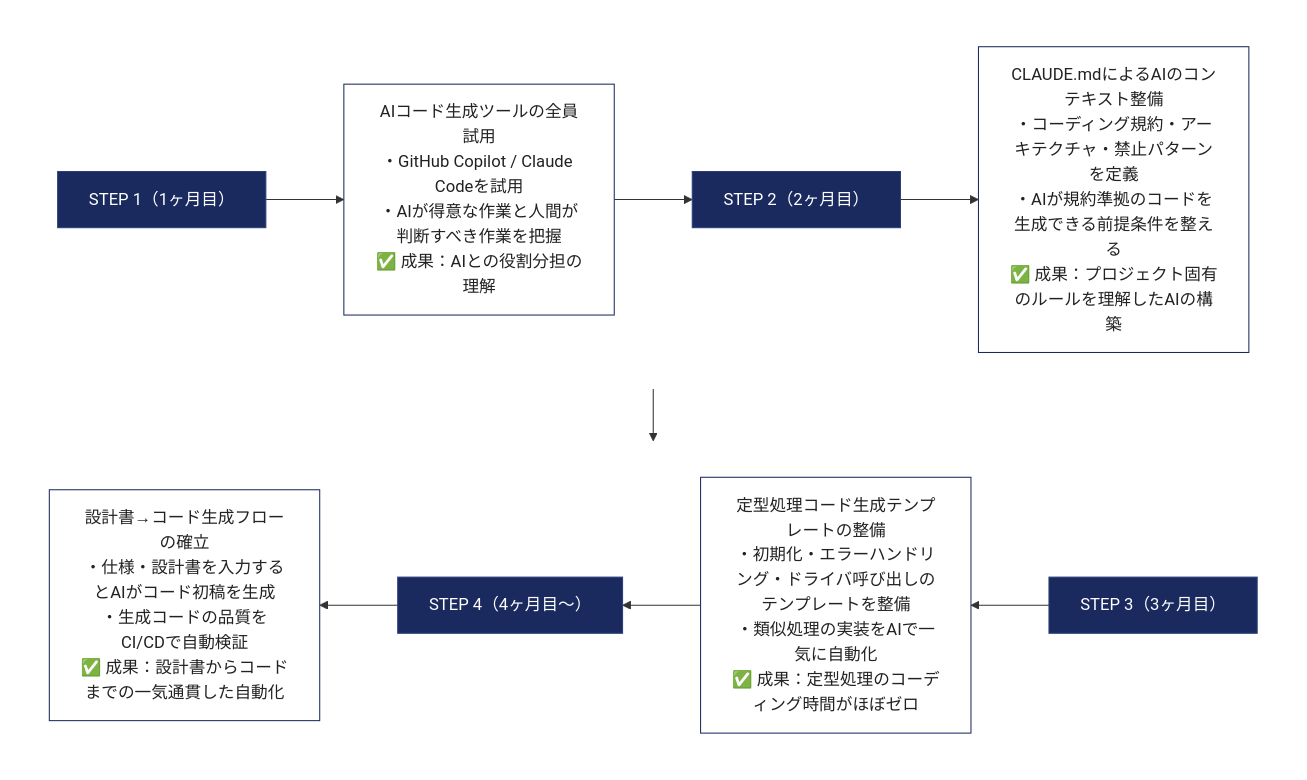
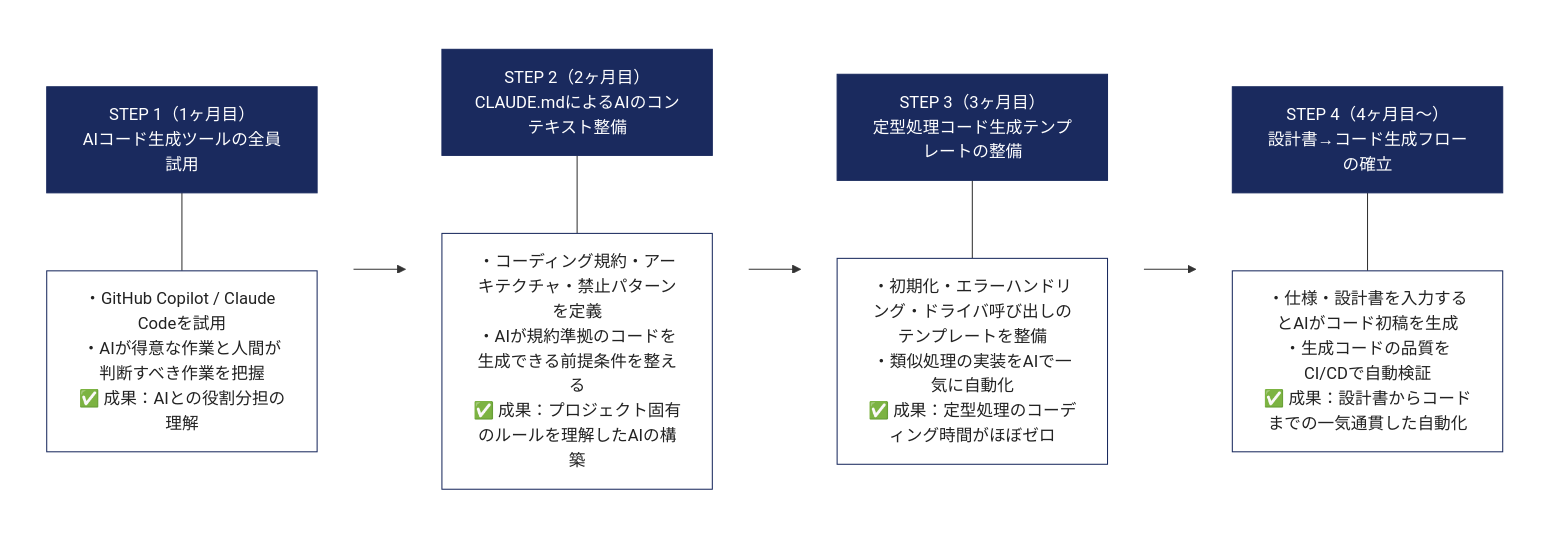
The tenth of 10 diagrams in AI_Idea/AI_ADOPTION_PROPOSAL.md (Kengo55555/My_Study), drawn with Mermaid before and after one commit. The commit also changed other lines of this file and 1 other file, not shown here.

Commit message:
Redesign Mermaid: horizontal LR layout, navy header + white body per step card

````diff
--- a/AI_Idea/AI_ADOPTION_PROPOSAL.md
+++ b/AI_Idea/AI_ADOPTION_PROPOSAL.md
@@ -466,22 +520,28 @@
 ```mermaid
-flowchart TD
-    subgraph row1[" "]
-        direction LR
-        T1["STEP 1（1ヶ月目）"] --> C1["AIコード生成ツールの全員試用<br/>・GitHub Copilot / Claude Codeを試用<br/>・AIが得意な作業と人間が判断すべき作業を把握<br/>✅ 成果：AIとの役割分担の理解"]
-        C1 --> T2["STEP 2（2ヶ月目）"]
-        T2 --> C2["CLAUDE.mdによるAIのコンテキスト整備<br/>・コーディング規約・アーキテクチャ・禁止パターンを定義<br/>・AIが規約準拠のコードを生成できる前提条件を整える<br/>✅ 成果：プロジェクト固有のルールを理解したAIの構築"]
+flowchart LR
+    subgraph s1[" "]
+        direction TB
+        H1["STEP 1（1ヶ月目）<br/>AIコード生成ツールの全員試用"] --- B1["・GitHub Copilot / Claude Codeを試用<br/>・AIが得意な作業と人間が判断すべき作業を把握<br/>✅ 成果：AIとの役割分担の理解"]
     end
-    subgraph row2[" "]
-        direction RL
-        T3["STEP 3（3ヶ月目）"] --> C3["定型処理コード生成テンプレートの整備<br/>・初期化・エラーハンドリング・ドライバ呼び出しのテンプレートを整備<br/>・類似処理の実装をAIで一気に自動化<br/>✅ 成果：定型処理のコーディング時間がほぼゼロ"]
-        C3 --> T4["STEP 4（4ヶ月目〜）"]
-        T4 --> C4["設計書→コード生成フローの確立<br/>・仕様・設計書を入力するとAIがコード初稿を生成<br/>・生成コードの品質をCI/CDで自動検証<br/>✅ 成果：設計書からコードまでの一気通貫した自動化"]
+    subgraph s2[" "]
+        direction TB
+        H2["STEP 2（2ヶ月目）<br/>CLAUDE.mdによるAIのコンテキスト整備"] --- B2["・コーディング規約・アーキテクチャ・禁止パターンを定義<br/>・AIが規約準拠のコードを生成できる前提条件を整える<br/>✅ 成果：プロジェクト固有のルールを理解したAIの構築"]
     end
-    C2 --> T3
-    style row1 fill:transparent,stroke:transparent,color:transparent
-    style row2 fill:transparent,stroke:transparent,color:transparent
-    classDef title fill:#1a2a5e,stroke:#2c3e7a,color:#fff
-    classDef content fill:#fff,stroke:#1a2a5e,color:#222
-    class T1,T2,T3,T4 title
-    class C1,C2,C3,C4 content
+    subgraph s3[" "]
+        direction TB
+        H3["STEP 3（3ヶ月目）<br/>定型処理コード生成テンプレートの整備"] --- B3["・初期化・エラーハンドリング・ドライバ呼び出しのテンプレートを整備<br/>・類似処理の実装をAIで一気に自動化<br/>✅ 成果：定型処理のコーディング時間がほぼゼロ"]
+    end
+    subgraph s4[" "]
+        direction TB
+        H4["STEP 4（4ヶ月目〜）<br/>設計書→コード生成フローの確立"] --- B4["・仕様・設計書を入力するとAIがコード初稿を生成<br/>・生成コードの品質をCI/CDで自動検証<br/>✅ 成果：設計書からコードまでの一気通貫した自動化"]
+    end
+    s1 --> s2 --> s3 --> s4
+    style s1 fill:transparent,stroke:transparent,color:transparent
+    style s2 fill:transparent,stroke:transparent,color:transparent
+    style s3 fill:transparent,stroke:transparent,color:transparent
+    style s4 fill:transparent,stroke:transparent,color:transparent
+    classDef hdr fill:#1a2a5e,stroke:#1a2a5e,color:#fff
+    classDef bdy fill:#fff,stroke:#1a2a5e,color:#222
+    class H1,H2,H3,H4 hdr
+    class B1,B2,B3,B4 bdy
 ```
````
